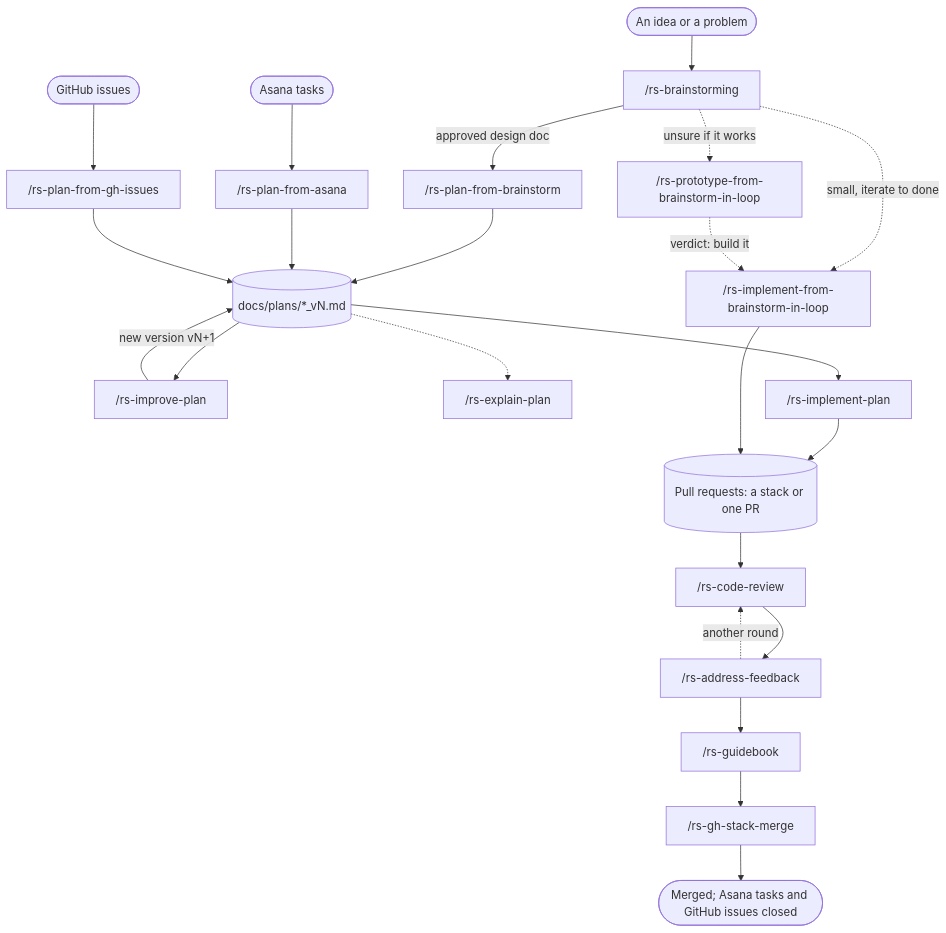
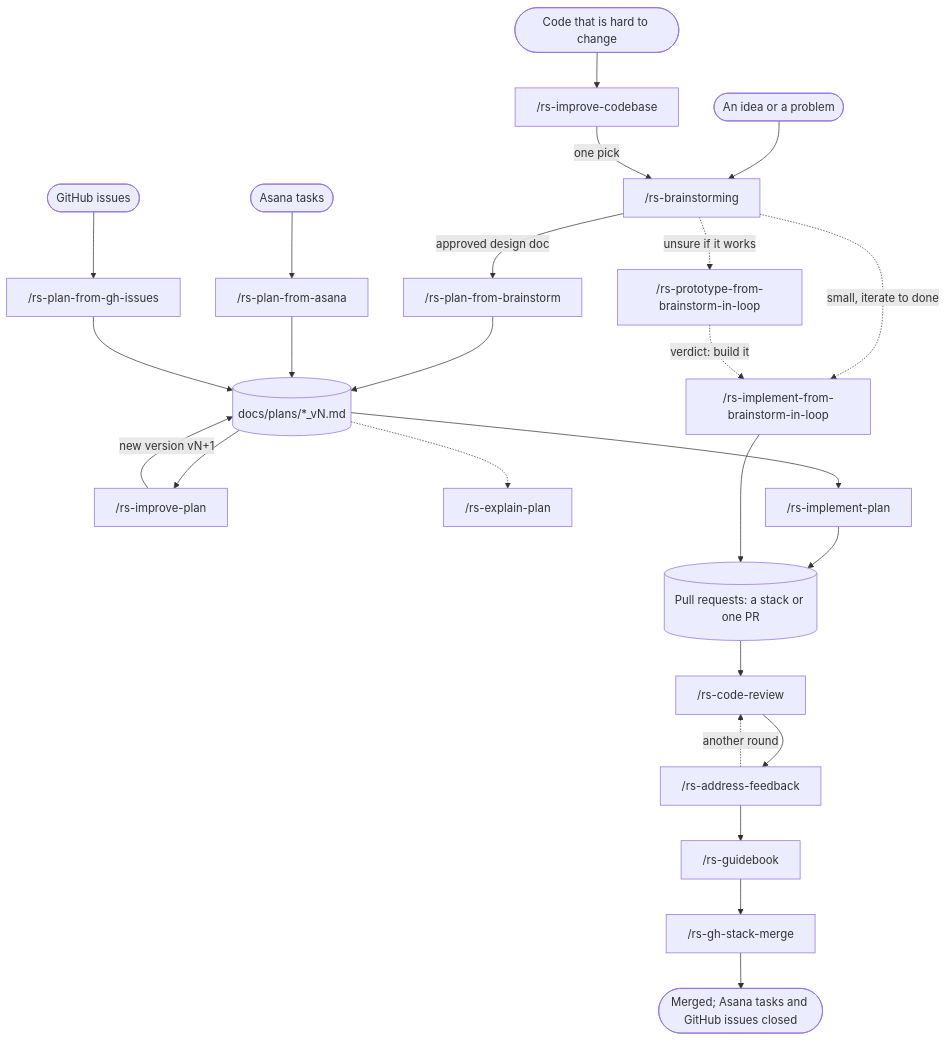
The diagram in docs/harness/harness-guide.md (rafalsliwinski3991/geopoliticai), drawn with Mermaid before and after one commit. The commit also changed other lines of this file and 16 other files, not shown here.

First line of the commit message:
`rs-improve-codebase`, and naming rules in `CLAUDE.md` (#221)

````diff
--- a/docs/harness/harness-guide.md
+++ b/docs/harness/harness-guide.md
@@ -26,30 +26,32 @@
 ```mermaid
 flowchart TD
     idea([An idea or a problem]) --> brain["/rs-brainstorming"]
     asana([Asana tasks]) --> pa["/rs-plan-from-asana"]
     issues([GitHub issues]) --> pg["/rs-plan-from-gh-issues"]
+    code([Code that is hard to change]) --> scan["/rs-improve-codebase"]
+    scan -->|one pick| brain
 
     brain -->|approved design doc| pb["/rs-plan-from-brainstorm"]
     brain -.->|unsure if it works| proto["/rs-prototype-from-brainstorm-in-loop"]
     brain -.->|small, iterate to done| loop["/rs-implement-from-brainstorm-in-loop"]
     proto -.->|verdict: build it| loop
 
     pb --> plan[(docs/plans/*_vN.md)]
     pa --> plan
     pg --> plan
 
     plan --> improve["/rs-improve-plan"]
     improve -->|new version vN+1| plan
     plan -.-> explain["/rs-explain-plan"]
 
     plan --> impl["/rs-implement-plan"]
     impl --> prs[(Pull requests: a stack or one PR)]
     loop --> prs
 
     prs --> review["/rs-code-review"]
     review --> fb["/rs-address-feedback"]
     fb -.->|another round| review
     fb --> guide["/rs-guidebook"]
     guide --> merge["/rs-gh-stack-merge"]
     merge --> done([Merged; Asana tasks and GitHub issues closed])
 ```
````
